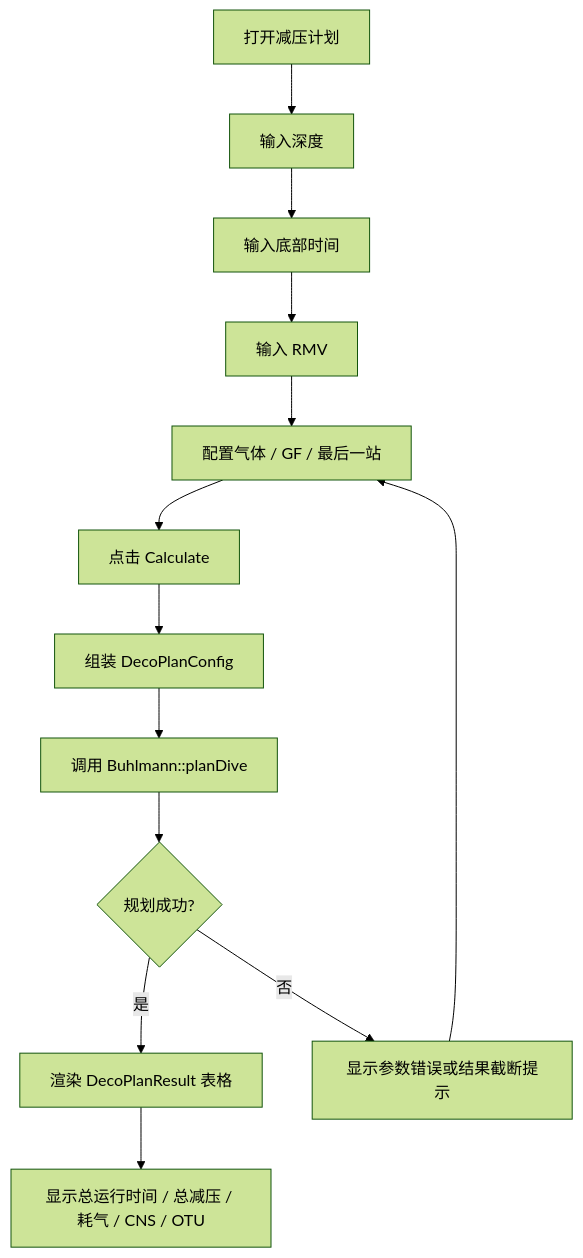
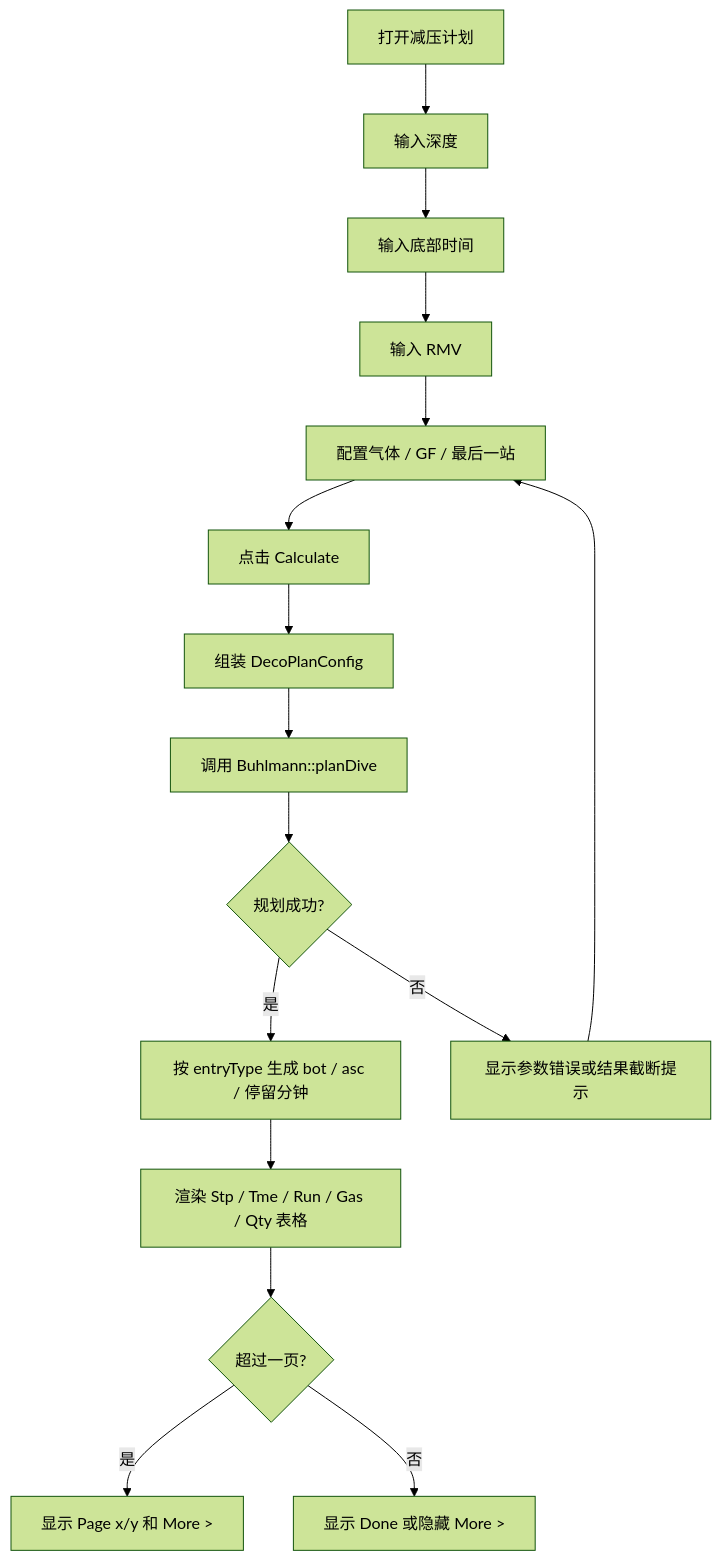
Before and after one commit to arexvision/lv_port_win_codeblocks-release-v8.3_hasGroup: the diagram in 测试好的算法/离线减压计划使用教程.md, drawn with Mermaid (forest theme). The commit also changed other lines of this file and 6 other files, not shown here.

````diff
--- a/测试好的算法/离线减压计划使用教程.md
+++ b/测试好的算法/离线减压计划使用教程.md
@@ -142,15 +177,18 @@
 ```mermaid
 flowchart TD
     A["打开减压计划"] --> B["输入深度"]
     B --> C["输入底部时间"]
     C --> D["输入 RMV"]
     D --> E["配置气体 / GF / 最后一站"]
     E --> F["点击 Calculate"]
     F --> G["组装 DecoPlanConfig"]
     G --> H["调用 Buhlmann::planDive"]
     H --> I{"规划成功?"}
-    I -- "是" --> J["渲染 DecoPlanResult 表格"]
-    J --> K["显示总运行时间 / 总减压 / 耗气 / CNS / OTU"]
+    I -- "是" --> J["按 entryType 生成 bot / asc / 停留分钟"]
+    J --> K["渲染 Stp / Tme / Run / Gas / Qty 表格"]
+    K --> M{"超过一页?"}
+    M -- "是" --> N["显示 Page x/y 和 More >"]
+    M -- "否" --> O["显示 Done 或隐藏 More >"]
     I -- "否" --> L["显示参数错误或结果截断提示"]
     L --> E
 ```
````
